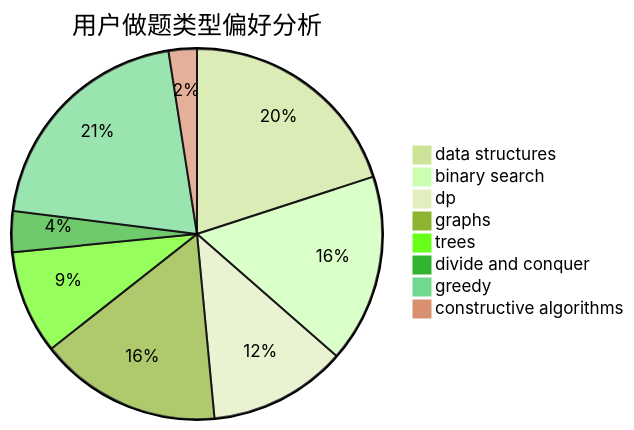
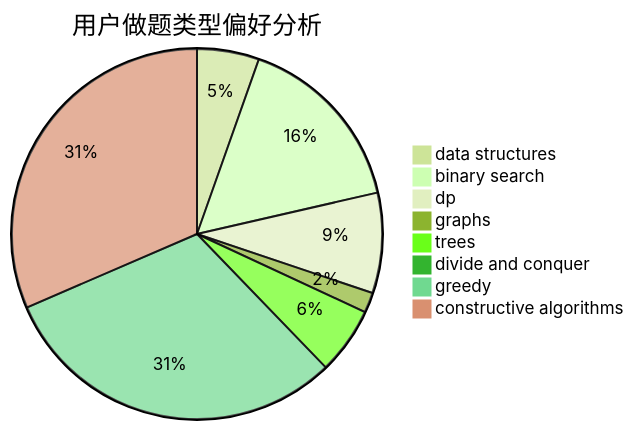
The second of 3 diagrams in docs/user/u911.md (sherpahu/cfrs.github.io), drawn with Mermaid (forest theme) before and after one commit. The commit also changed other lines of this file and 2770 other files, not shown here.

````diff
--- a/docs/user/u911.md
+++ b/docs/user/u911.md
@@ -23,11 +23,11 @@
 ```mermaid
 pie title 用户做题类型偏好分析
-    "data structures" :  73
-    "binary search" :  60
-    "dp" :  44
-    "graphs" :  58
-    "trees" :  33
-    "divide and conquer" :  13
-    "greedy" :  75
-    "constructive algorithms" :  9
+    "data structures" :  86
+    "binary search" :  254
+    "dp" :  139
+    "graphs" :  28
+    "trees" :  93
+    "divide and conquer" :  0
+    "greedy" :  488
+    "constructive algorithms" :  500
 ```
````
